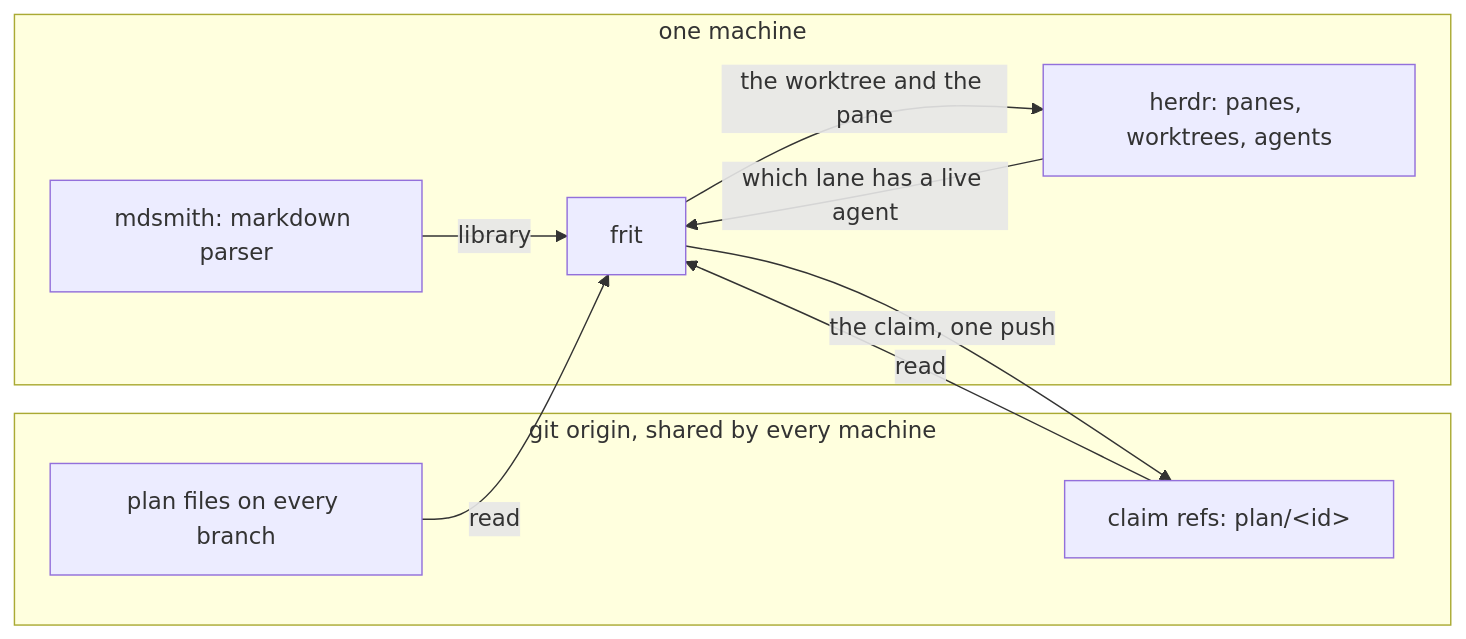
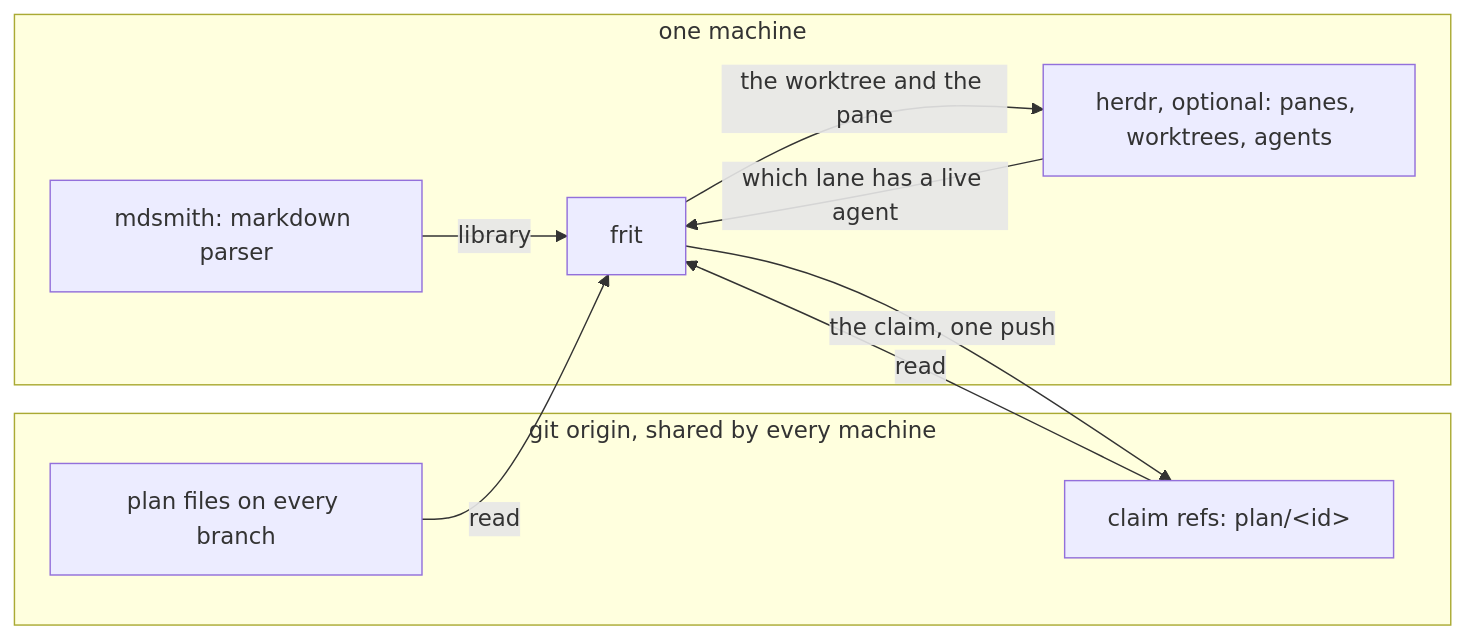
One commit to jeduden/frit changed the first of 2 diagrams in README.md. Above: the diagram before and after it, drawn with Mermaid. The commit also changed other lines of this file and 6 other files, not shown here.

First line of the commit message:
docs: describe herdr as optional across the README and guides

````diff
--- a/README.md
+++ b/README.md
@@ -38,18 +42,18 @@
 ```mermaid
 flowchart LR
   subgraph origin["git origin, shared by every machine"]
     plans["plan files on every branch"]
     claims["claim refs: plan/&lt;id&gt;"]
   end
   subgraph host["one machine"]
     frit["frit"]
-    herdr["herdr: panes, worktrees, agents"]
+    herdr["herdr, optional: panes, worktrees, agents"]
     mdsmith["mdsmith: markdown parser"]
   end
   plans -->|read| frit
   claims -->|read| frit
   frit -->|"the claim, one push"| claims
   herdr -->|"which lane has a live agent"| frit
   frit -->|"the worktree and the pane"| herdr
   mdsmith -->|library| frit
 ```
````
